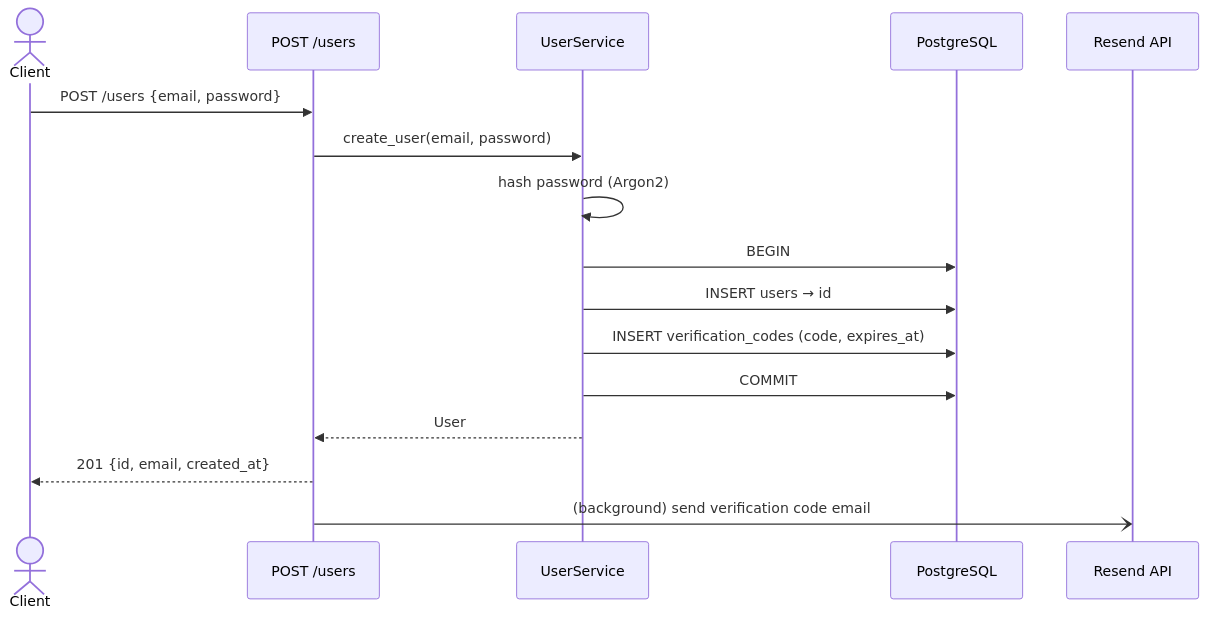
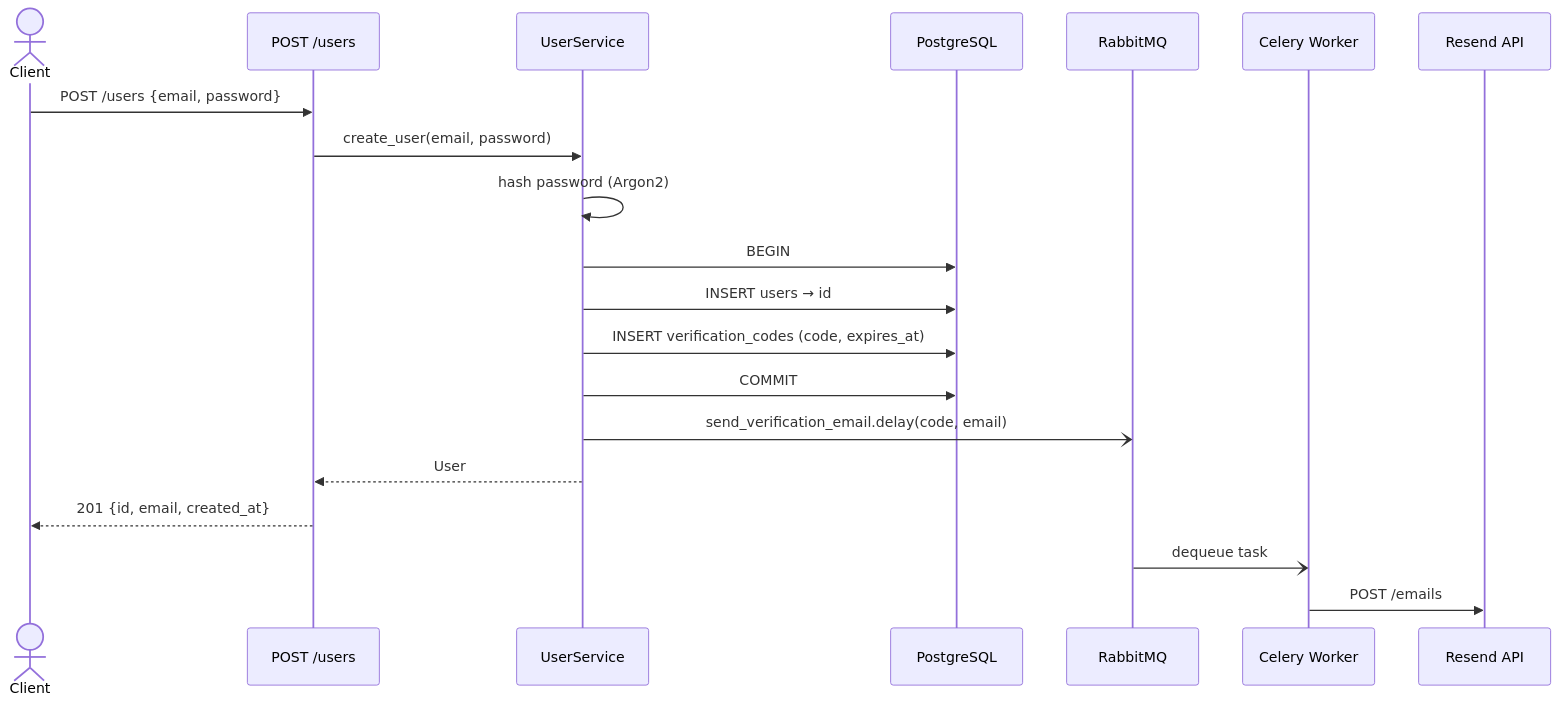
The third of 4 diagrams in README.md (zelazna/test_dailymotion), drawn with Mermaid before and after one commit. The commit also changed other lines of this file and 14 other files, not shown here.

Commit message:
[worker] Use celery and rmq instead of background tasks

````diff
--- a/README.md
+++ b/README.md
@@ -102,19 +109,23 @@
 ```mermaid
 sequenceDiagram
     actor Client
     participant Route as POST /users
     participant Service as UserService
     participant DB as PostgreSQL
+    participant MQ as RabbitMQ
+    participant Worker as Celery Worker
     participant Email as Resend API
 
     Client->>Route: POST /users {email, password}
     Route->>Service: create_user(email, password)
     Service->>Service: hash password (Argon2)
     Service->>DB: BEGIN
     Service->>DB: INSERT users → id
     Service->>DB: INSERT verification_codes (code, expires_at)
     Service->>DB: COMMIT
+    Service-)MQ: send_verification_email.delay(code, email)
     Service-->>Route: User
     Route-->>Client: 201 {id, email, created_at}
-    Route-)Email: (background) send verification code email
+    MQ-)Worker: dequeue task
+    Worker->>Email: POST /emails
 ```
````
